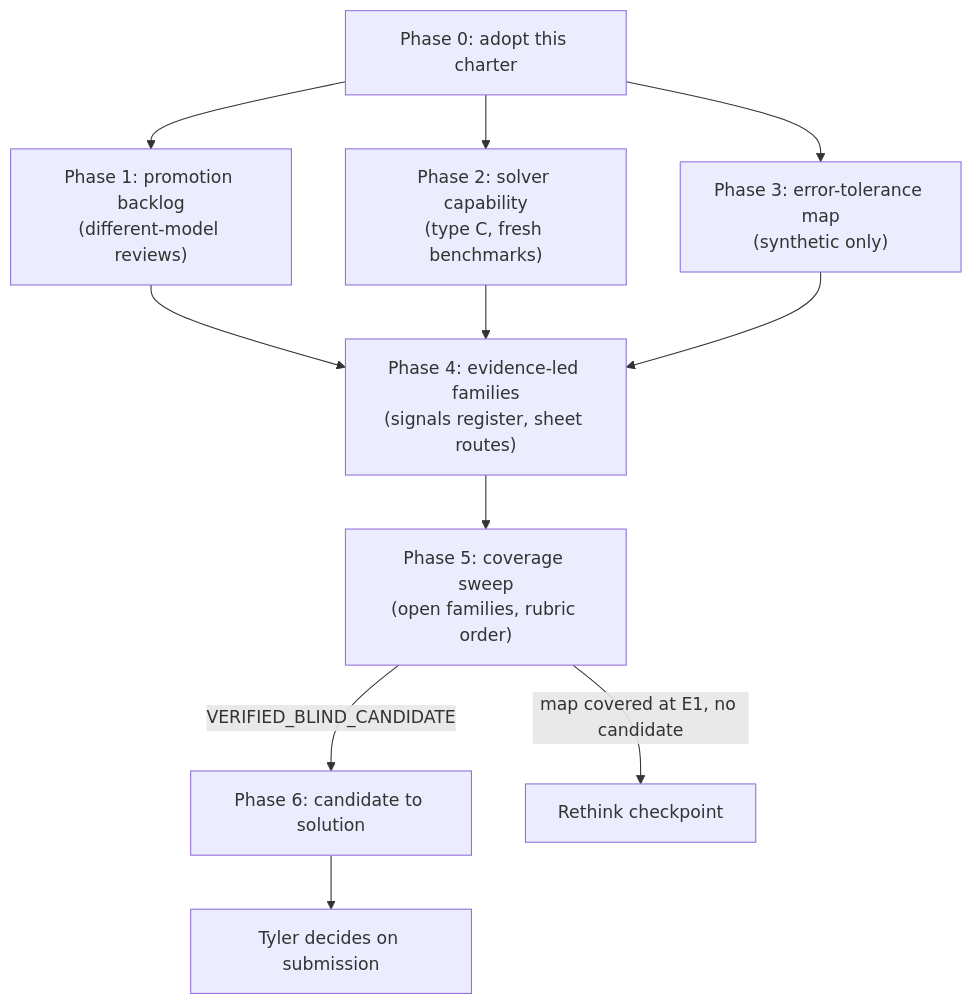
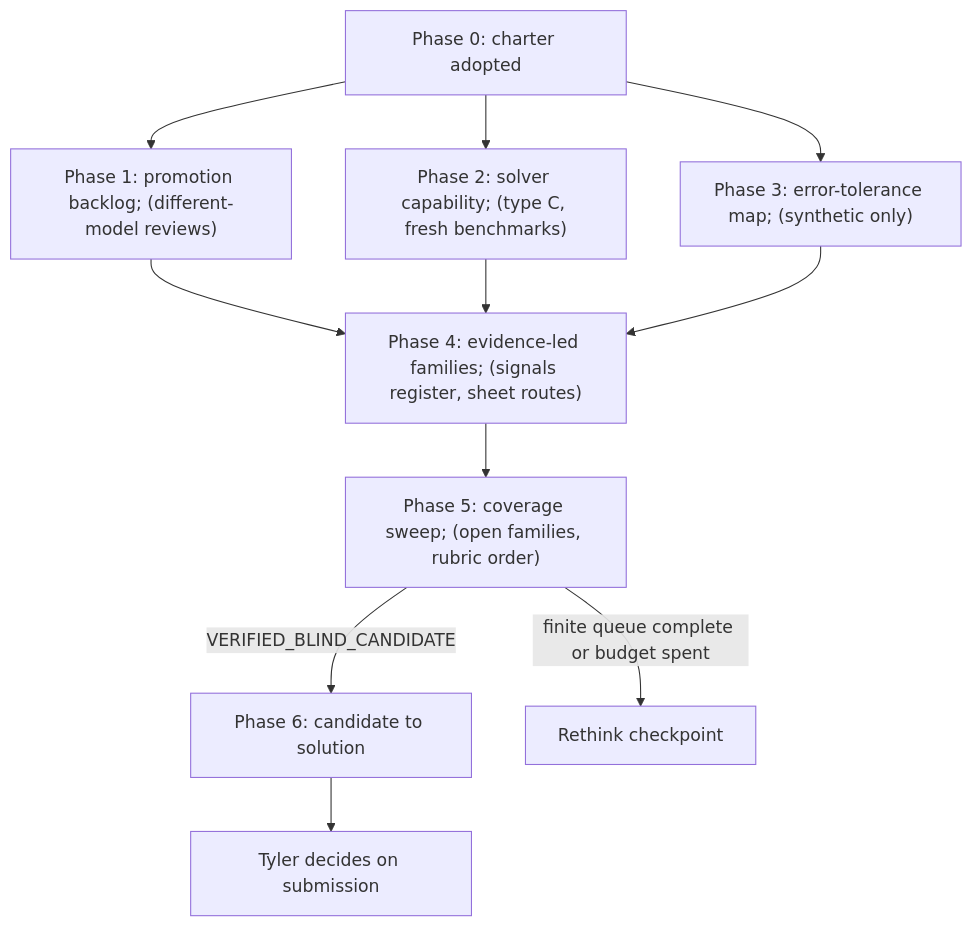
The second of 2 diagrams in audit/RESEARCH_CHARTER.md (tylerj-spec/kryptos-k4), drawn with Mermaid before and after one commit. The commit also changed other lines of this file and 2 other files, not shown here.

Commit message:
Reconcile PR106 roadmap with active R95 work and blind research rules

````diff
--- a/audit/RESEARCH_CHARTER.md
+++ b/audit/RESEARCH_CHARTER.md
@@ -310,13 +432,13 @@
 ```mermaid
 flowchart TD
-    P0["Phase 0: adopt this charter"] --> P1["Phase 1: promotion backlog<br/>(different-model reviews)"]
-    P0 --> P2["Phase 2: solver capability<br/>(type C, fresh benchmarks)"]
-    P0 --> P3["Phase 3: error-tolerance map<br/>(synthetic only)"]
-    P1 --> P4["Phase 4: evidence-led families<br/>(signals register, sheet routes)"]
+    P0["Phase 0: charter adopted"] --> P1["Phase 1: promotion backlog; (different-model reviews)"]
+    P0 --> P2["Phase 2: solver capability; (type C, fresh benchmarks)"]
+    P0 --> P3["Phase 3: error-tolerance map; (synthetic only)"]
+    P1 --> P4["Phase 4: evidence-led families; (signals register, sheet routes)"]
     P2 --> P4
     P3 --> P4
-    P4 --> P5["Phase 5: coverage sweep<br/>(open families, rubric order)"]
+    P4 --> P5["Phase 5: coverage sweep; (open families, rubric order)"]
     P5 -->|VERIFIED_BLIND_CANDIDATE| P6["Phase 6: candidate to solution"]
-    P5 -->|map covered at E1, no candidate| RT["Rethink checkpoint"]
+    P5 -->|finite queue complete or budget spent| RT["Rethink checkpoint"]
     P6 --> T["Tyler decides on submission"]
 ```
````
